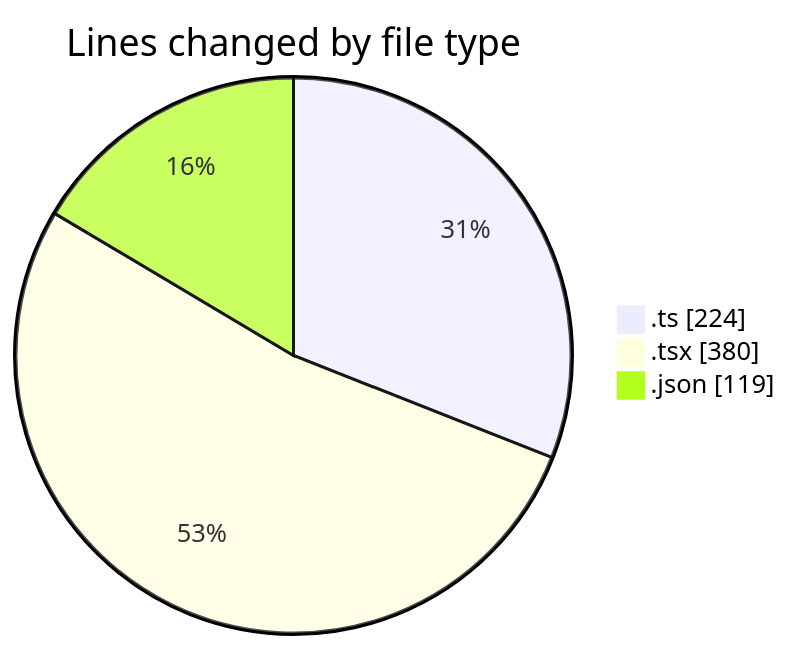
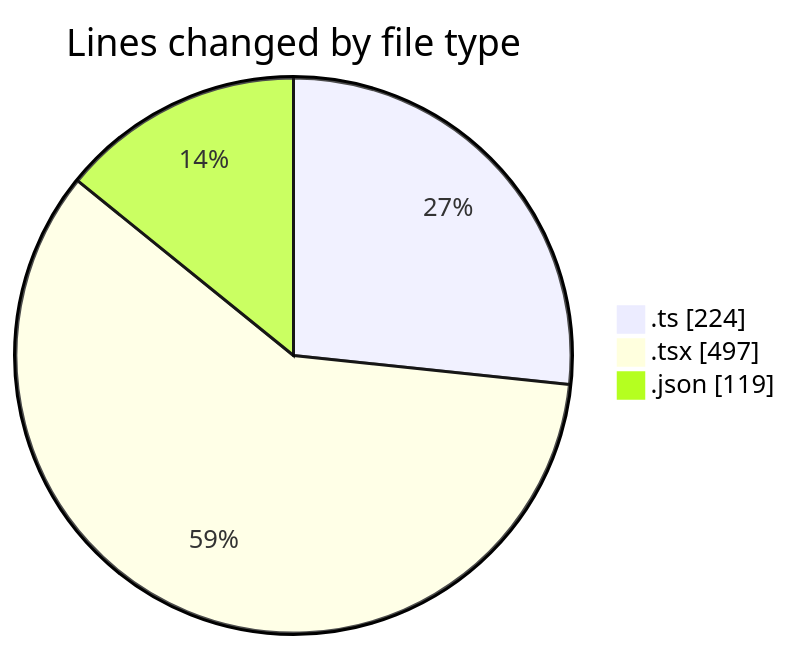
Before and after one commit to julien-gomy/code-tracking: the first of 2 diagrams in 2025-11-10/eventscop-frontend-guide__workspace_/README.md, drawn with Mermaid. The commit also changed other lines of this file and 1 other file, not shown here.

````diff
--- a/2025-11-10/eventscop-frontend-guide__workspace_/README.md
+++ b/2025-11-10/eventscop-frontend-guide__workspace_/README.md
@@ -24,7 +25,7 @@
 ```mermaid
 pie showData
 title Lines changed by file type
 ".ts" : 224
-".tsx" : 380
+".tsx" : 497
 ".json" : 119
 ```
````
